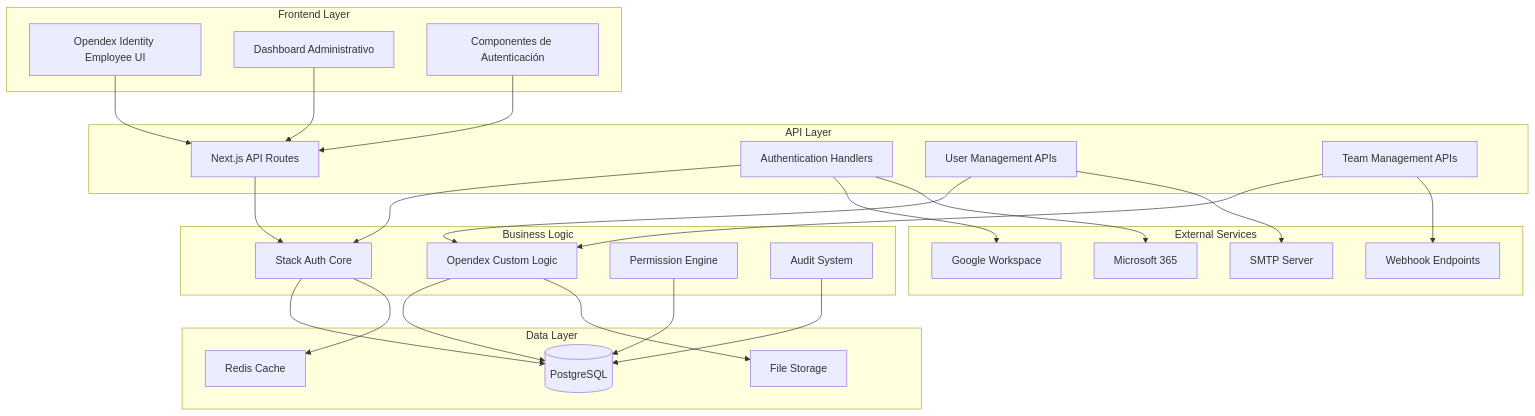
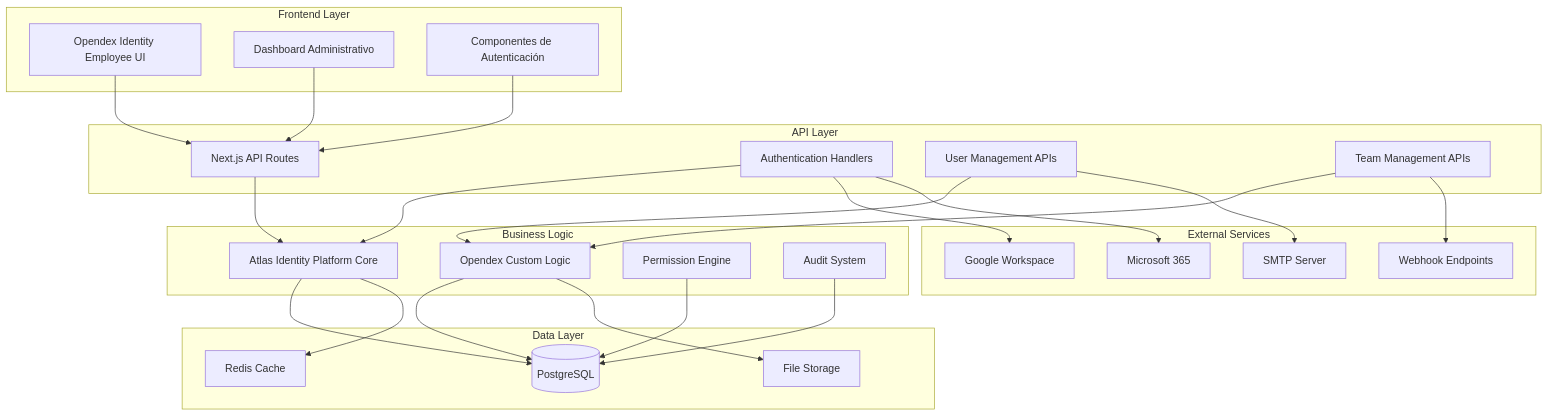
Before and after one commit to Origonlabs/Identity-Platform: the diagram in README-OPENDEX-IDENTITY-EMPLOYEE.md, drawn with Mermaid. The commit also changed other lines of this file and 263 other files, not shown here.

````diff
--- a/README-OPENDEX-IDENTITY-EMPLOYEE.md
+++ b/README-OPENDEX-IDENTITY-EMPLOYEE.md
@@ -145,53 +145,53 @@
 ```mermaid
 graph TB
     subgraph "Frontend Layer"
         A[Opendex Identity Employee UI]
         B[Dashboard Administrativo]
         C[Componentes de Autenticación]
     end
     
     subgraph "API Layer"
         D[Next.js API Routes]
         E[Authentication Handlers]
         F[User Management APIs]
         G[Team Management APIs]
     end
     
     subgraph "Business Logic"
-        H[Stack Auth Core]
+        H[Atlas Identity Platform Core]
         I[Opendex Custom Logic]
         J[Permission Engine]
         K[Audit System]
     end
     
     subgraph "Data Layer"
         L[(PostgreSQL)]
         M[Redis Cache]
         N[File Storage]
     end
     
     subgraph "External Services"
         O[Google Workspace]
         P[Microsoft 365]
         Q[SMTP Server]
         R[Webhook Endpoints]
     end
     
     A --> D
     B --> D
     C --> D
     D --> H
     E --> H
     F --> I
     G --> I
     H --> L
     I --> L
     J --> L
     K --> L
     H --> M
     I --> N
     E --> O
     E --> P
     F --> Q
     G --> R
 ```
````
